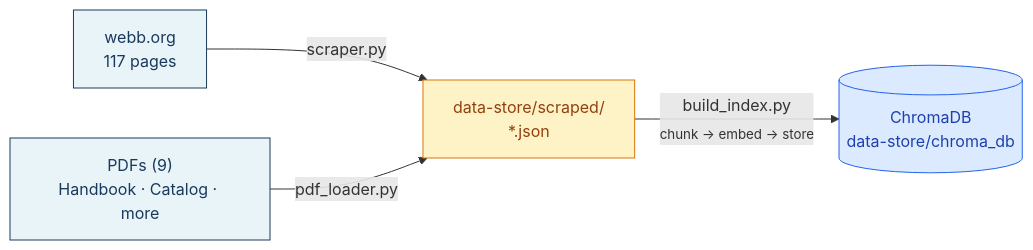
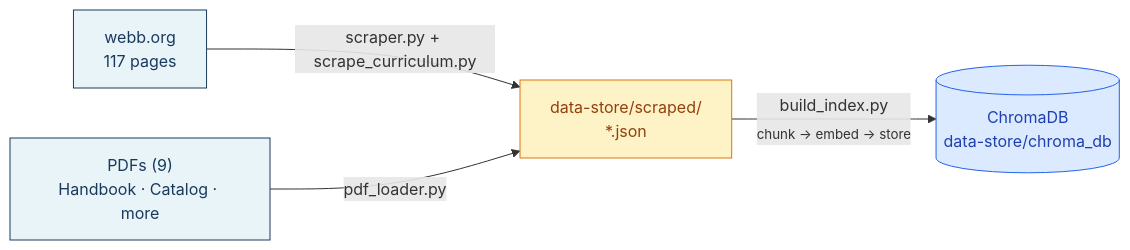
The second of 2 diagrams in README.md (PatrickJYKang/webbgpt-1), drawn with Mermaid before and after one commit. The commit also changed other lines of this file and 6 other files, not shown here.

````diff
--- a/README.md
+++ b/README.md
@@ -97,11 +99,11 @@
 ```mermaid
 flowchart LR
-    W["webb.org<br/>117 pages"] -->|scraper.py| J["data-store/scraped/<br/>*.json"]
+    W["webb.org<br/>117 pages"] -->|scraper.py + scrape_curriculum.py| J["data-store/scraped/<br/>*.json"]
     P["PDFs (9)<br/>Handbook · Catalog · more"] -->|pdf_loader.py| J
     J -->|"build_index.py<br/><sub>chunk → embed → store</sub>"| C[("ChromaDB<br/>data-store/chroma_db")]
 
     style W fill:#e8f4f8,stroke:#1a3a5c,color:#1a3a5c
     style P fill:#e8f4f8,stroke:#1a3a5c,color:#1a3a5c
     style J fill:#fef3c7,stroke:#d97706,color:#92400e
     style C fill:#dbeafe,stroke:#2563eb,color:#1e40af
 ```
````
